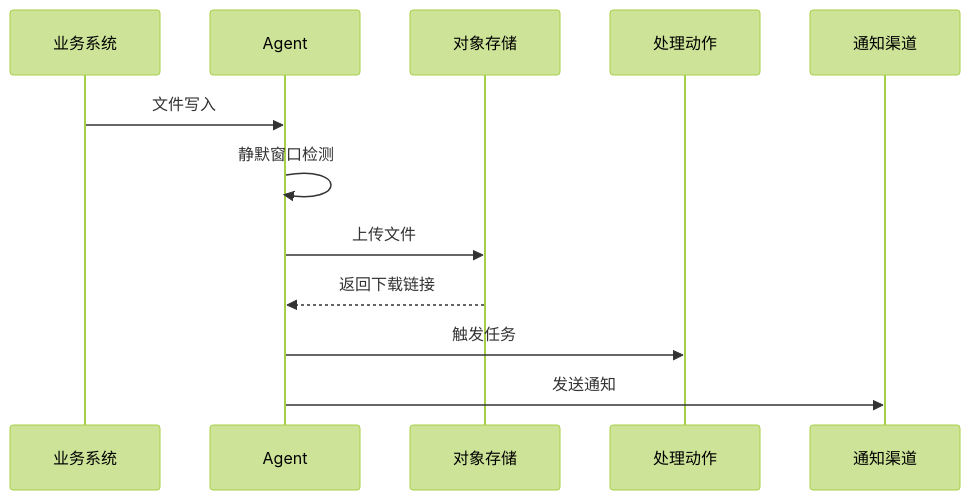
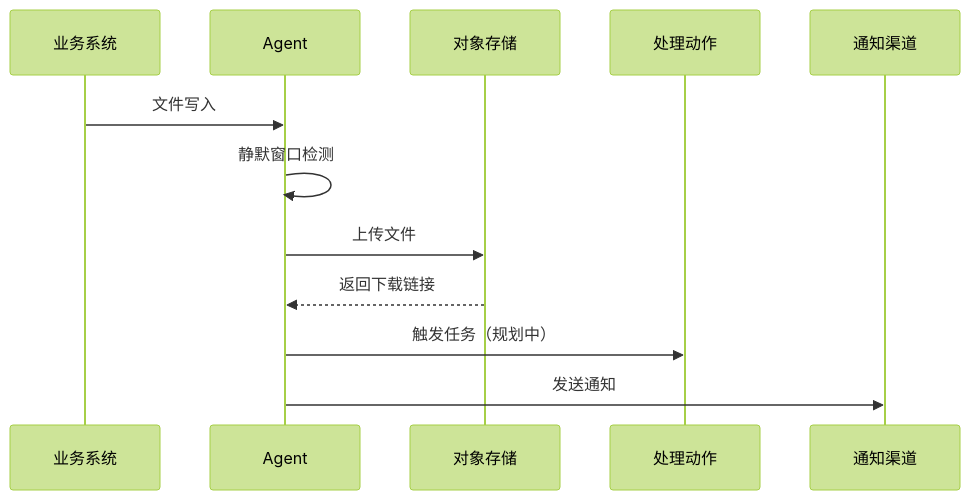
Before and after one commit to VioletEvergardenZz/GoWatchFile: the second of 2 diagrams in docs/system-flowchart.md, drawn with Mermaid (forest theme). The commit also changed other lines of this file and 23 other files, not shown here.

Commit message:
chore: strip jenkins support and refocus agent for GoNext plan

````diff
--- a/docs/system-flowchart.md
+++ b/docs/system-flowchart.md
@@ -22,15 +22,15 @@
 ```mermaid
 sequenceDiagram
     participant App as 业务系统
     participant Agent as Agent
     participant S3 as 对象存储
-    participant Jenkins as 处理动作
+    participant Action as 处理动作
     participant Notify as 通知渠道
 
     App->>Agent: 文件写入
     Agent->>Agent: 静默窗口检测
     Agent->>S3: 上传文件
     S3-->>Agent: 返回下载链接
-    Agent->>Jenkins: 触发任务
+    Agent->>Action: 触发任务（规划中）
     Agent->>Notify: 发送通知
 ```
````
